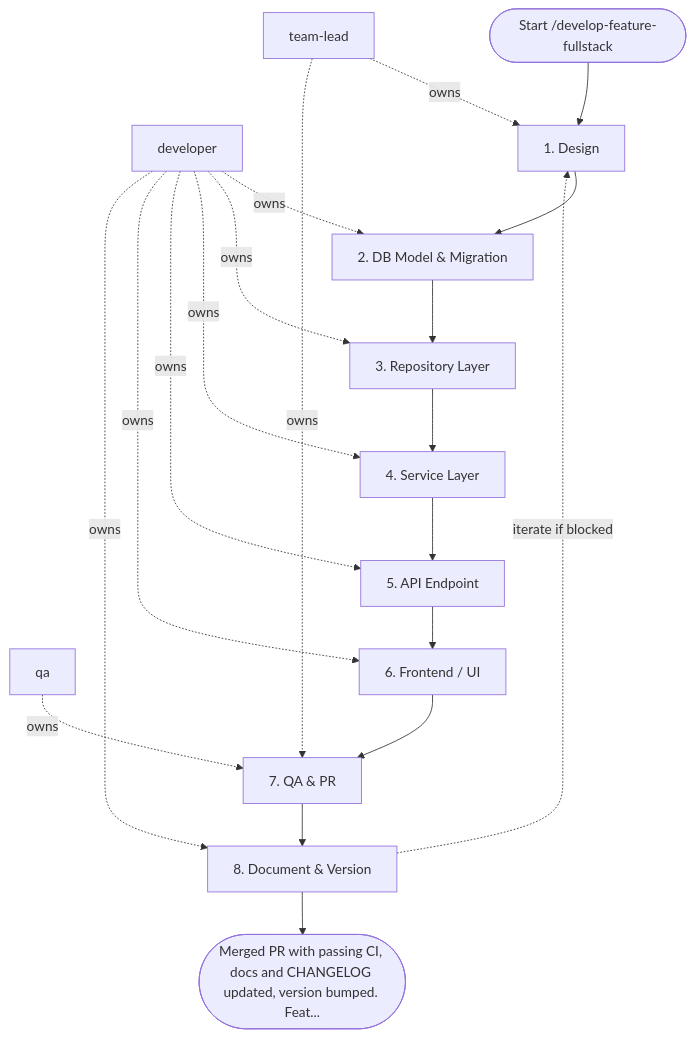
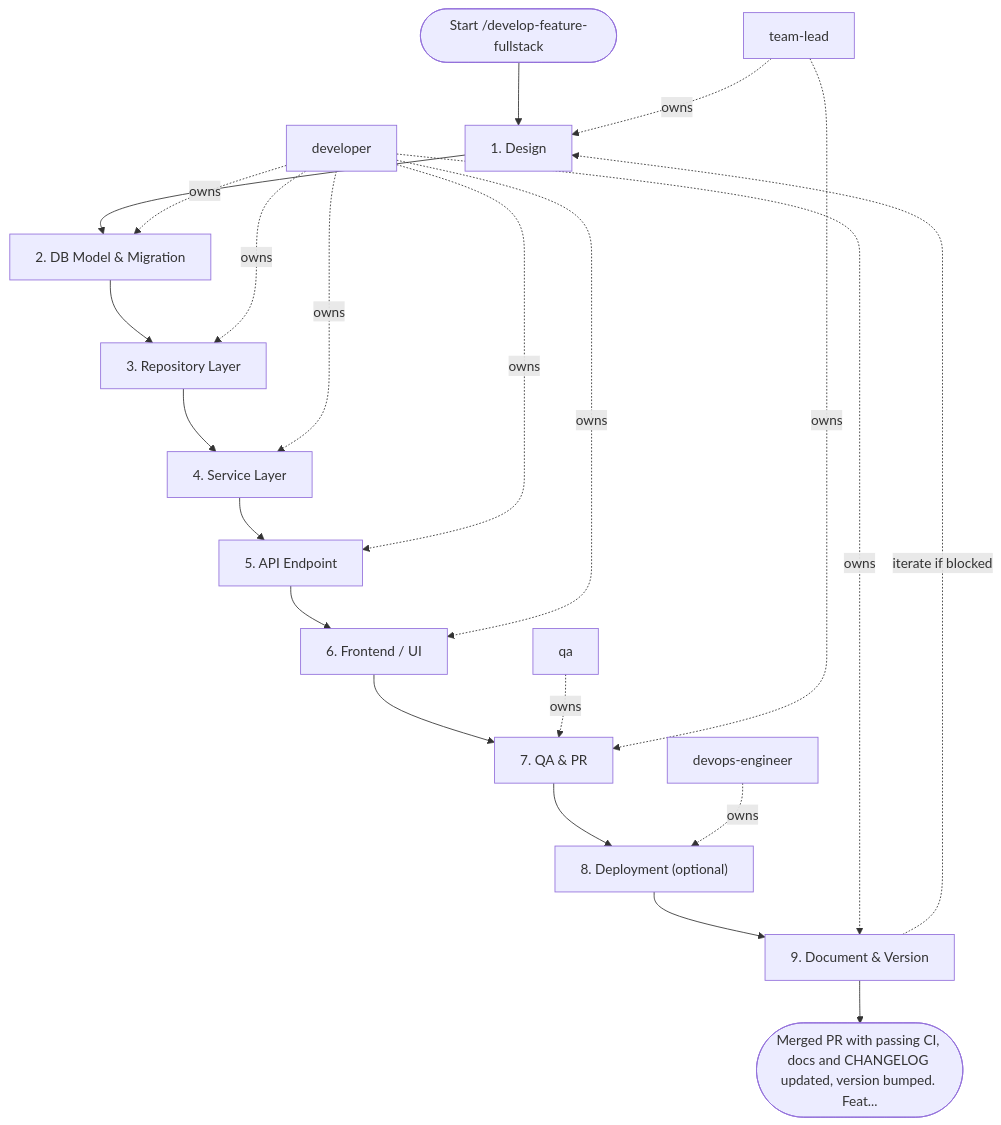
One commit to sawrus/agent-guides changed the diagram in areas/software/full-stack/workflows/develop-feature-fullstack.md. Above: the diagram before and after it, drawn with Mermaid. The commit also changed other lines of this file and 135 other files, not shown here.

````diff
--- a/areas/software/full-stack/workflows/develop-feature-fullstack.md
+++ b/areas/software/full-stack/workflows/develop-feature-fullstack.md
@@ -90,35 +97,39 @@
 ```mermaid
 flowchart TD
   start(["Start /develop-feature-fullstack"])
   role_1["team-lead"]
   role_2["developer"]
   role_3["qa"]
+  role_4["devops-engineer"]
   step_1["1. Design"]
   step_2["2. DB Model & Migration"]
   step_3["3. Repository Layer"]
   step_4["4. Service Layer"]
   step_5["5. API Endpoint"]
   step_6["6. Frontend / UI"]
   step_7["7. QA & PR"]
-  step_8["8. Document & Version"]
+  step_8["8. Deployment (optional)"]
+  step_9["9. Document & Version"]
   exit(["Merged PR with passing CI, docs and CHANGELOG updated, version bumped. Feat..."])
   start --> step_1
   step_1 --> step_2
   step_2 --> step_3
   step_3 --> step_4
   step_4 --> step_5
   step_5 --> step_6
   step_6 --> step_7
   step_7 --> step_8
-  step_8 --> exit
+  step_8 --> step_9
+  step_9 --> exit
   role_1 -. owns .-> step_1
   role_2 -. owns .-> step_2
   role_2 -. owns .-> step_3
   role_2 -. owns .-> step_4
   role_2 -. owns .-> step_5
   role_2 -. owns .-> step_6
   role_3 -. owns .-> step_7
   role_1 -. owns .-> step_7
-  role_2 -. owns .-> step_8
-  step_8 -. iterate if blocked .-> step_1
+  role_4 -. owns .-> step_8
+  role_2 -. owns .-> step_9
+  step_9 -. iterate if blocked .-> step_1
 ```
````
